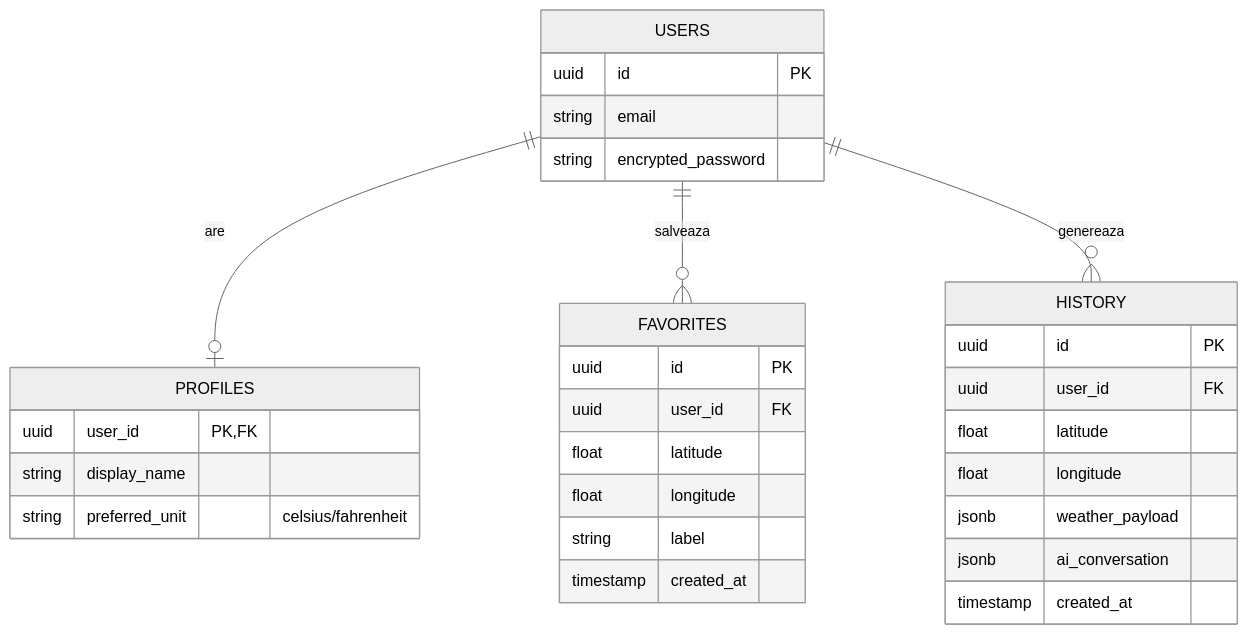
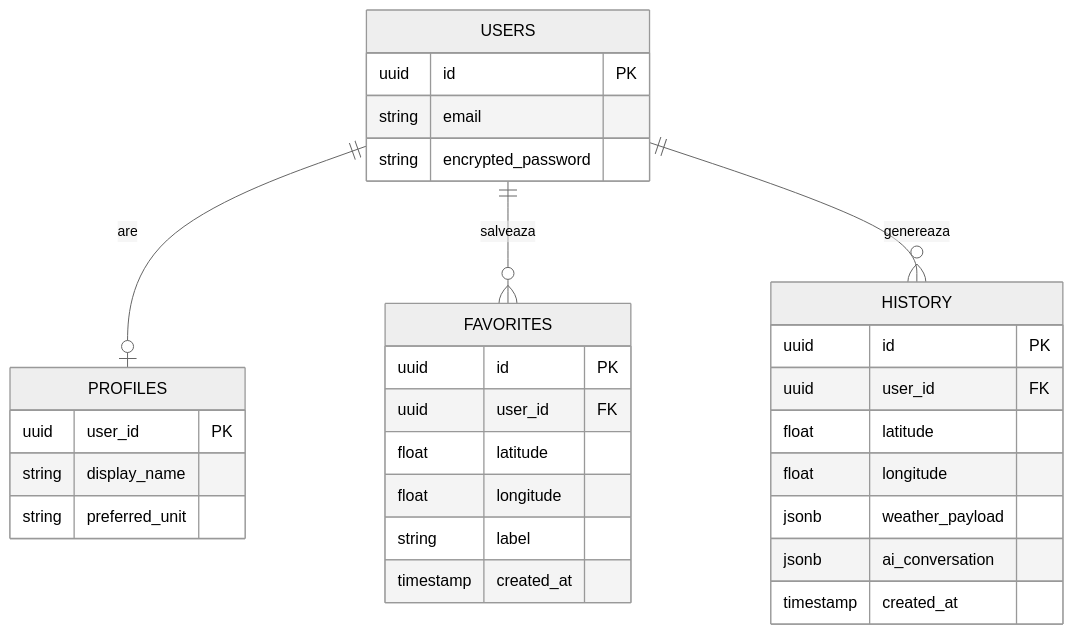
One commit to anca786/StormTalk changed the third of 3 diagrams in docs/architecture.md. Above: the diagram before and after it, drawn with Mermaid (neutral theme). The commit also changed other lines of this file, not shown here.

Commit message:
docs: fix mermaid syntax in architecture and emphasize both agents

````diff
--- a/docs/architecture.md
+++ b/docs/architecture.md
@@ -82,37 +84,37 @@
 ```mermaid
 erDiagram
     USERS ||--o| PROFILES : "are"
     USERS ||--o{ FAVORITES : "salveaza"
     USERS ||--o{ HISTORY : "genereaza"
 
     USERS {
         uuid id PK
         string email
         string encrypted_password
     }
 
     PROFILES {
-        uuid user_id PK, FK
+        uuid user_id PK
         string display_name
-        string preferred_unit "celsius/fahrenheit"
+        string preferred_unit
     }
 
     FAVORITES {
         uuid id PK
         uuid user_id FK
         float latitude
         float longitude
         string label
         timestamp created_at
     }
 
     HISTORY {
         uuid id PK
         uuid user_id FK
         float latitude
         float longitude
         jsonb weather_payload
         jsonb ai_conversation
         timestamp created_at
     }
 ```
````
